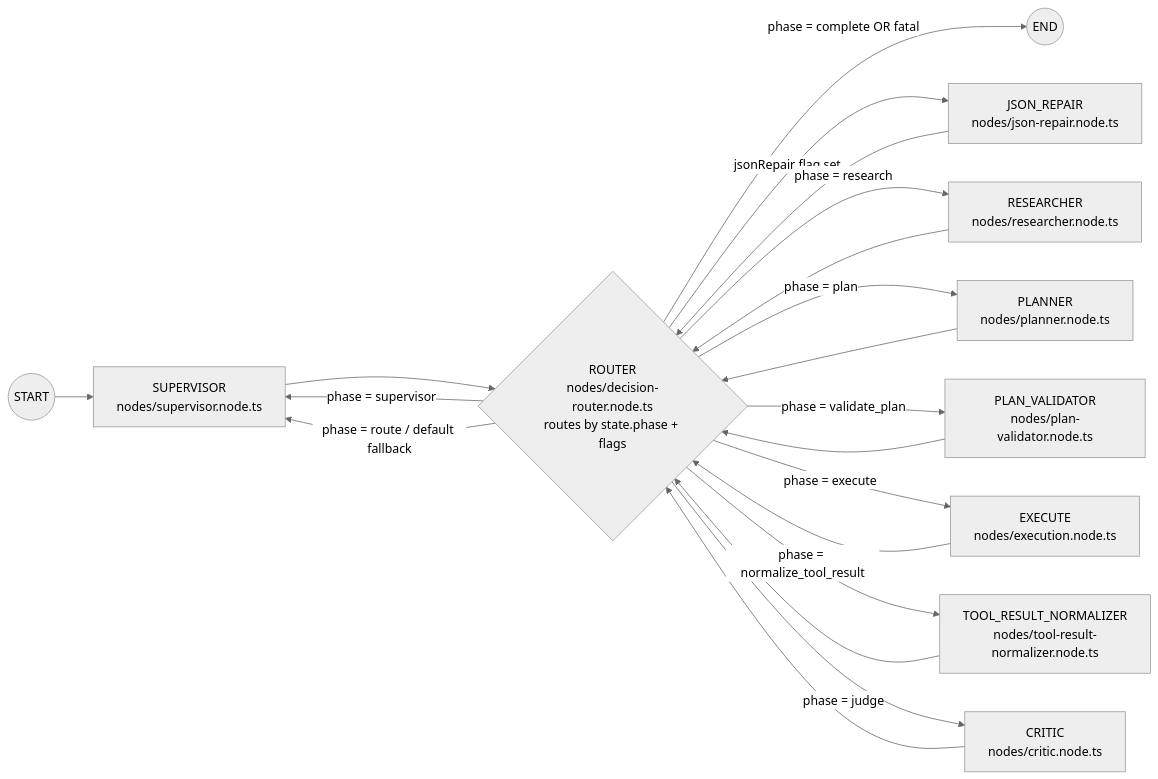
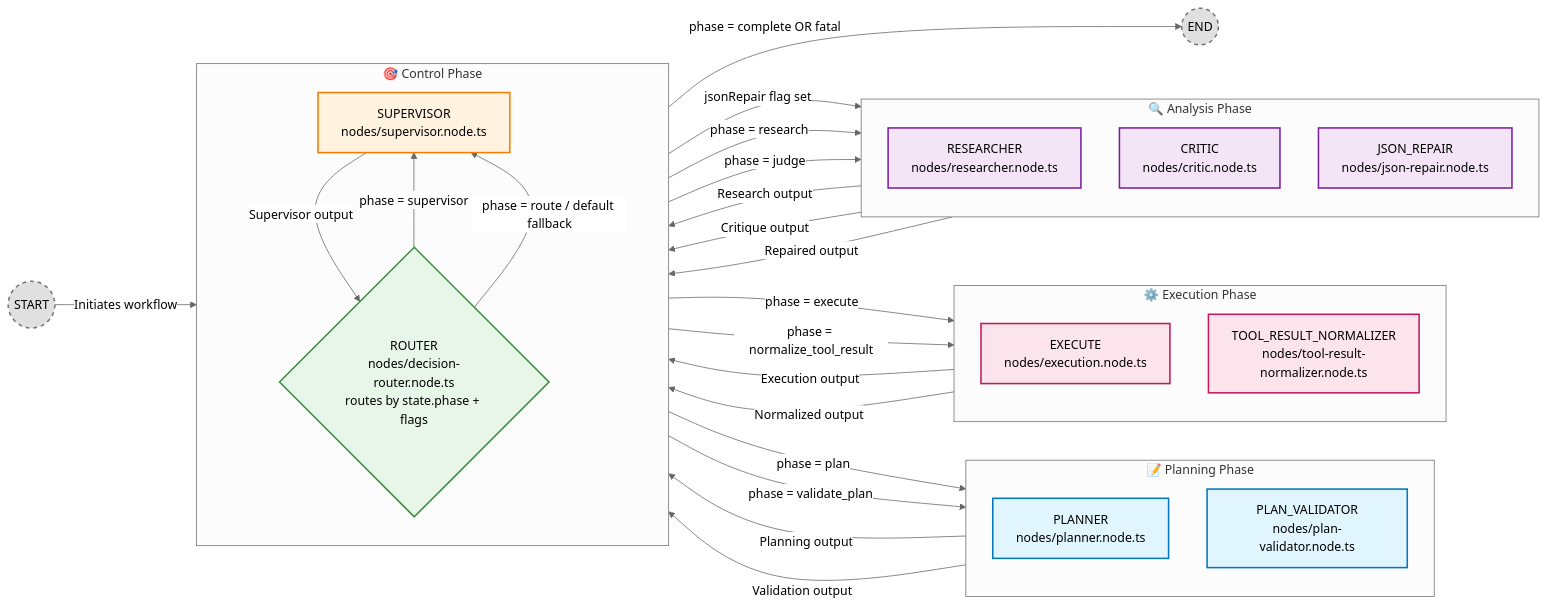
Before and after one commit to matanew1/nest-langgraph-ai: the diagram in diagram/agent-graph.mmd, drawn with Mermaid (neutral theme). The commit also changed 35 other files, not shown here.

```diff
--- a/diagram/agent-graph.mmd
+++ b/diagram/agent-graph.mmd
@@ -1,48 +1,69 @@
 flowchart LR
-  %% ========== NODE DEFINITIONS ==========
-  %% Start/End points
+  %% Mirrors src/modules/agents/graph/agent.graph.ts (router-centric, phase-driven)
+
   START((START))
   END((END))
 
-  %% Core processing nodes
-  SUPERVISOR[SUPERVISOR\nnodes/supervisor.node.ts]
-  RESEARCHER[RESEARCHER\nnodes/researcher.node.ts]
-  PLANNER[PLANNER\nnodes/planner.node.ts]
-  PLAN_VALIDATOR[PLAN_VALIDATOR\nnodes/plan-validator.node.ts]
-  EXECUTE[EXECUTE\nnodes/execution.node.ts]
-  TOOL_RESULT_NORMALIZER[TOOL_RESULT_NORMALIZER\nnodes/tool-result-normalizer.node.ts]
-  CRITIC[CRITIC\nnodes/critic.node.ts]
-  JSON_REPAIR[JSON_REPAIR\nnodes/json-repair.node.ts]
+  subgraph Planning["📝 Planning Phase"]
+    direction TB
+    PLANNER[PLANNER\nnodes/planner.node.ts]
+    PLAN_VALIDATOR[PLAN_VALIDATOR\nnodes/plan-validator.node.ts]
+  end
 
-  %% Central routing hub
-  ROUTER{ROUTER\nnodes/decision-router.node.ts\nroutes by state.phase + flags}
+  subgraph Execution["⚙️ Execution Phase"]
+    direction TB
+    EXECUTE[EXECUTE\nnodes/execution.node.ts]
+    TOOL_RESULT_NORMALIZER[TOOL_RESULT_NORMALIZER\nnodes/tool-result-normalizer.node.ts]
+  end
 
-  %% ========== FIXED EDGES (all nodes return to ROUTER) ==========
-  START --> SUPERVISOR
-  SUPERVISOR --> ROUTER
-  RESEARCHER --> ROUTER
-  PLANNER --> ROUTER
-  PLAN_VALIDATOR --> ROUTER
-  EXECUTE --> ROUTER
-  TOOL_RESULT_NORMALIZER --> ROUTER
-  CRITIC --> ROUTER
-  JSON_REPAIR --> ROUTER
+  subgraph Analysis["🔍 Analysis Phase"]
+    direction TB
+    RESEARCHER[RESEARCHER\nnodes/researcher.node.ts]
+    CRITIC[CRITIC\nnodes/critic.node.ts]
+    JSON_REPAIR[JSON_REPAIR\nnodes/json-repair.node.ts]
+  end
 
-  %% ========== CONDITIONAL ROUTING PATHS ==========
-  %% Terminal conditions
+  subgraph Control["🎯 Control Phase"]
+    direction TB
+    SUPERVISOR[SUPERVISOR\nnodes/supervisor.node.ts]
+    ROUTER{ROUTER\nnodes/decision-router.node.ts\nroutes by state.phase + flags}
+  end
+
+  %% Node styling
+  classDef planner fill:#e1f5fe,stroke:#0277bd,stroke-width:2px,color:#000
+  classDef supervisor fill:#fff3e0,stroke:#f57c00,stroke-width:2px,color:#000
+  classDef router fill:#e8f5e9,stroke:#388e3c,stroke-width:2px,color:#000
+  classDef execution fill:#fce4ec,stroke:#c2185b,stroke-width:2px,color:#000
+  classDef analysis fill:#f3e5f5,stroke:#7b1fa2,stroke-width:2px,color:#000
+  classDef startEnd fill:#e0e0e0,stroke:#757575,stroke-width:2px,color:#000,stroke-dasharray: 5 5
+  classDef conditionalEdge stroke:#ff9800,stroke-width:2px,stroke-dasharray: 5 5
+
+  class PLANNER,PLAN_VALIDATOR planner
+  class SUPERVISOR supervisor
+  class ROUTER router
+  class EXECUTE,TOOL_RESULT_NORMALIZER execution
+  class RESEARCHER,CRITIC,JSON_REPAIR analysis
+  class START,END startEnd
+
+  %% Fixed edges (every node returns to ROUTER)
+  START -->|Initiates workflow| SUPERVISOR
+  SUPERVISOR -->|Supervisor output| ROUTER
+  PLANNER -->|Planning output| ROUTER
+  PLAN_VALIDATOR -->|Validation output| ROUTER
+  EXECUTE -->|Execution output| ROUTER
+  TOOL_RESULT_NORMALIZER -->|Normalized output| ROUTER
+  RESEARCHER -->|Research output| ROUTER
+  CRITIC -->|Critique output| ROUTER
+  JSON_REPAIR -->|Repaired output| ROUTER
+
+  %% Conditional edges from ROUTER
   ROUTER -->|phase = complete OR fatal| END
-
-  %% Special repair path
   ROUTER -->|jsonRepair flag set| JSON_REPAIR
-
-  %% Phase-based routing (primary execution paths)
   ROUTER -->|phase = supervisor| SUPERVISOR
   ROUTER -->|phase = research| RESEARCHER
   ROUTER -->|phase = plan| PLANNER
   ROUTER -->|phase = validate_plan| PLAN_VALIDATOR
   ROUTER -->|phase = execute| EXECUTE
   ROUTER -->|phase = normalize_tool_result| TOOL_RESULT_NORMALIZER
   ROUTER -->|phase = judge| CRITIC
-
-  %% Fallback mechanism
   ROUTER -->|phase = route / default fallback| SUPERVISOR
```
